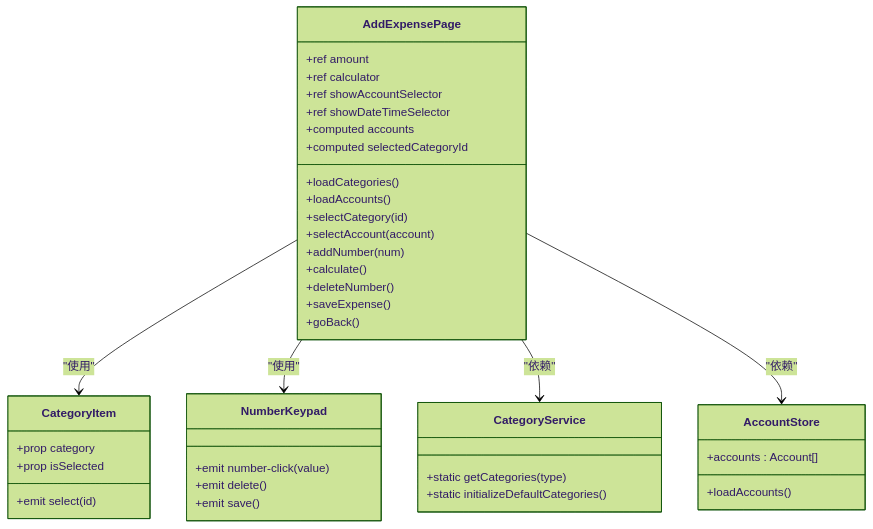
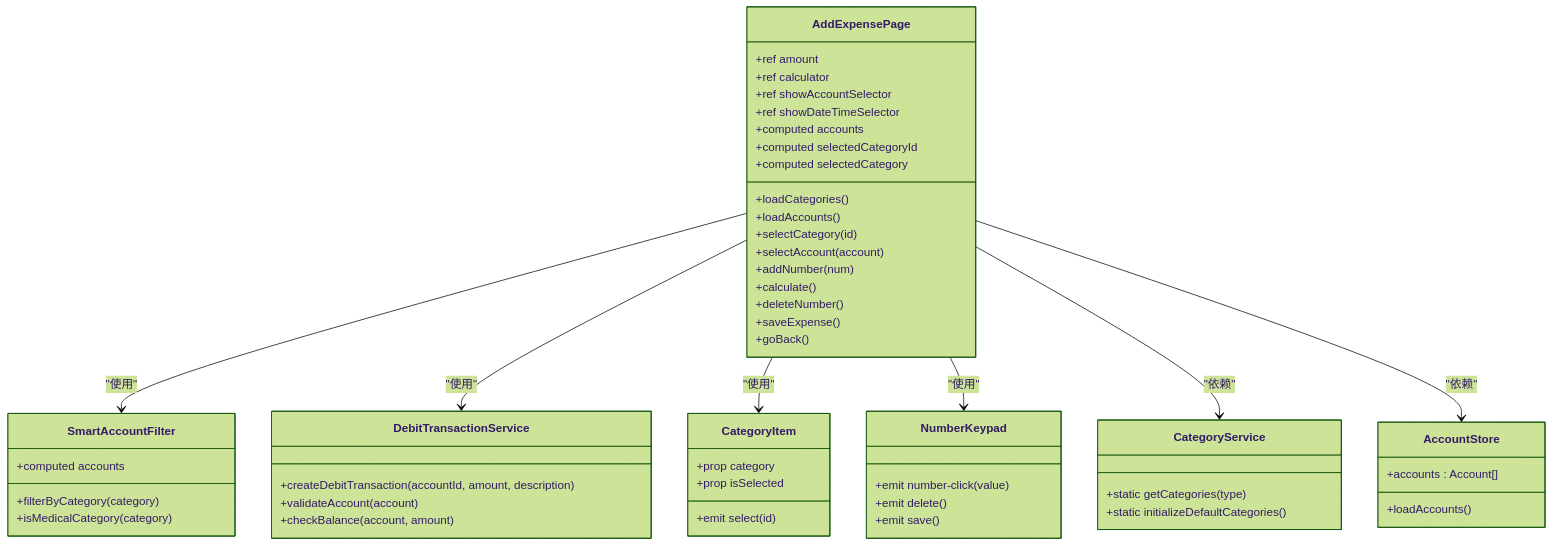
Before and after one commit to xiao-lin-unit/yuan: the third of 11 diagrams in .qoder/repowiki/zh/content/支出管理/支出记录管理.md, drawn with Mermaid (forest theme). The commit also changed other lines of this file and 9 other files, not shown here.

````diff
--- a/.qoder/repowiki/zh/content/支出管理/支出记录管理.md
+++ b/.qoder/repowiki/zh/content/支出管理/支出记录管理.md
@@ -164,42 +194,55 @@
 ```mermaid
 classDiagram
 class AddExpensePage {
 +ref amount
 +ref calculator
 +ref showAccountSelector
 +ref showDateTimeSelector
 +computed accounts
 +computed selectedCategoryId
++computed selectedCategory
 +loadCategories()
 +loadAccounts()
 +selectCategory(id)
 +selectAccount(account)
 +addNumber(num)
 +calculate()
 +deleteNumber()
 +saveExpense()
 +goBack()
+}
+class SmartAccountFilter {
++computed accounts
++filterByCategory(category)
++isMedicalCategory(category)
+}
+class DebitTransactionService {
++createDebitTransaction(accountId, amount, description)
++validateAccount(account)
++checkBalance(account, amount)
 }
 class CategoryItem {
 +prop category
 +prop isSelected
 +emit select(id)
 }
 class NumberKeypad {
 +emit number-click(value)
 +emit delete()
 +emit save()
 }
 class CategoryService {
 +static getCategories(type)
 +static initializeDefaultCategories()
 }
 class AccountStore {
 +loadAccounts()
 +accounts : Account[]
 }
+AddExpensePage --> SmartAccountFilter : "使用"
+AddExpensePage --> DebitTransactionService : "使用"
 AddExpensePage --> CategoryItem : "使用"
 AddExpensePage --> NumberKeypad : "使用"
 AddExpensePage --> CategoryService : "依赖"
 AddExpensePage --> AccountStore : "依赖"
 ```
````
